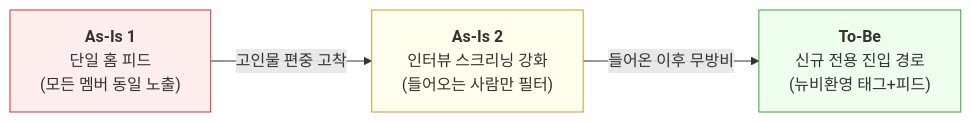
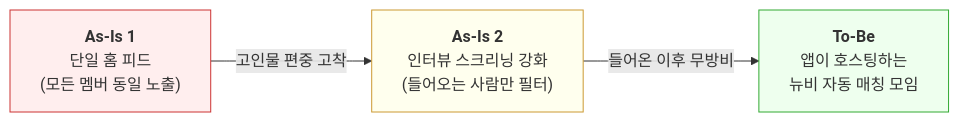
One commit to sipe-team/5-1_sipe_product_engineering_lab changed the first of 3 diagrams in week-4/kimjisub.md. Above: the diagram before and after it, drawn with Mermaid. The commit also changed other lines of this file, not shown here.

````diff
--- a/week-4/kimjisub.md
+++ b/week-4/kimjisub.md
@@ -247,8 +247,8 @@
 ```mermaid
 flowchart LR
     A["<b>As-Is 1</b><br/>단일 홈 피드<br/>(모든 멤버 동일 노출)"] -->|"고인물 편중 고착"| B["<b>As-Is 2</b><br/>인터뷰 스크리닝 강화<br/>(들어오는 사람만 필터)"]
-    B -->|"들어온 이후 무방비"| C["<b>To-Be</b><br/>신규 전용 진입 경로<br/>(뉴비환영 태그+피드)"]
+    B -->|"들어온 이후 무방비"| C["<b>To-Be</b><br/>앱이 호스팅하는<br/>뉴비 자동 매칭 모임"]
     style A fill:#fee,stroke:#c33
     style B fill:#ffe,stroke:#c93
     style C fill:#efe,stroke:#3a3
 ```
````
